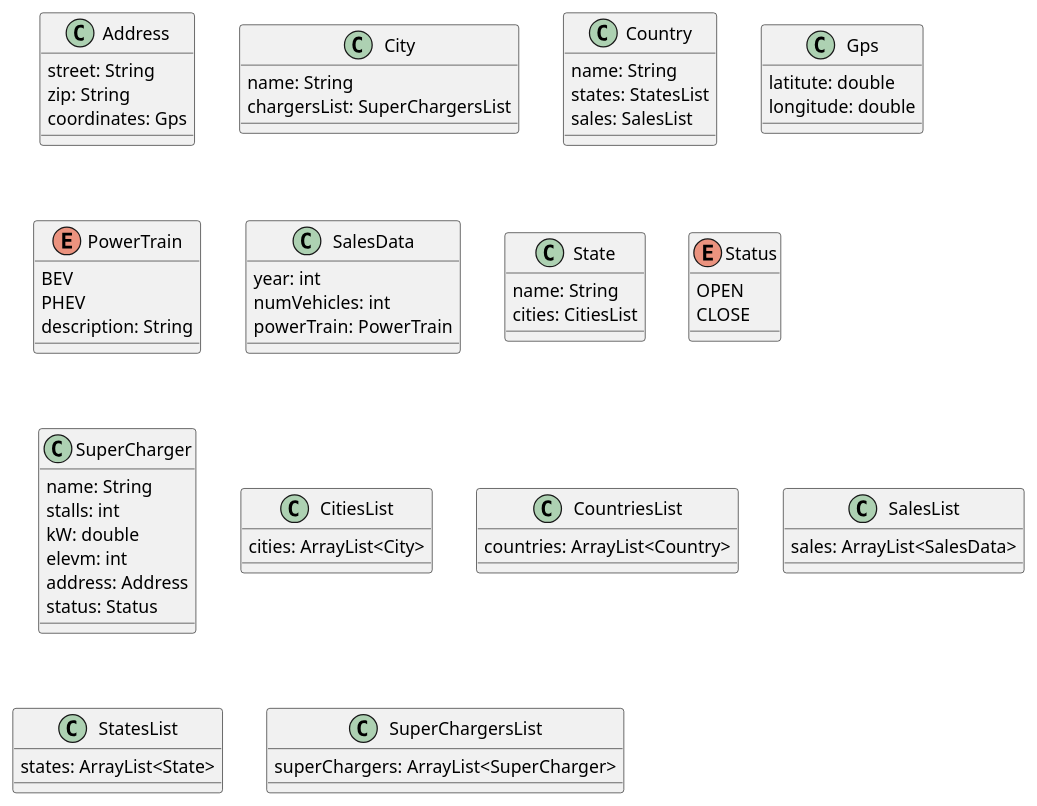
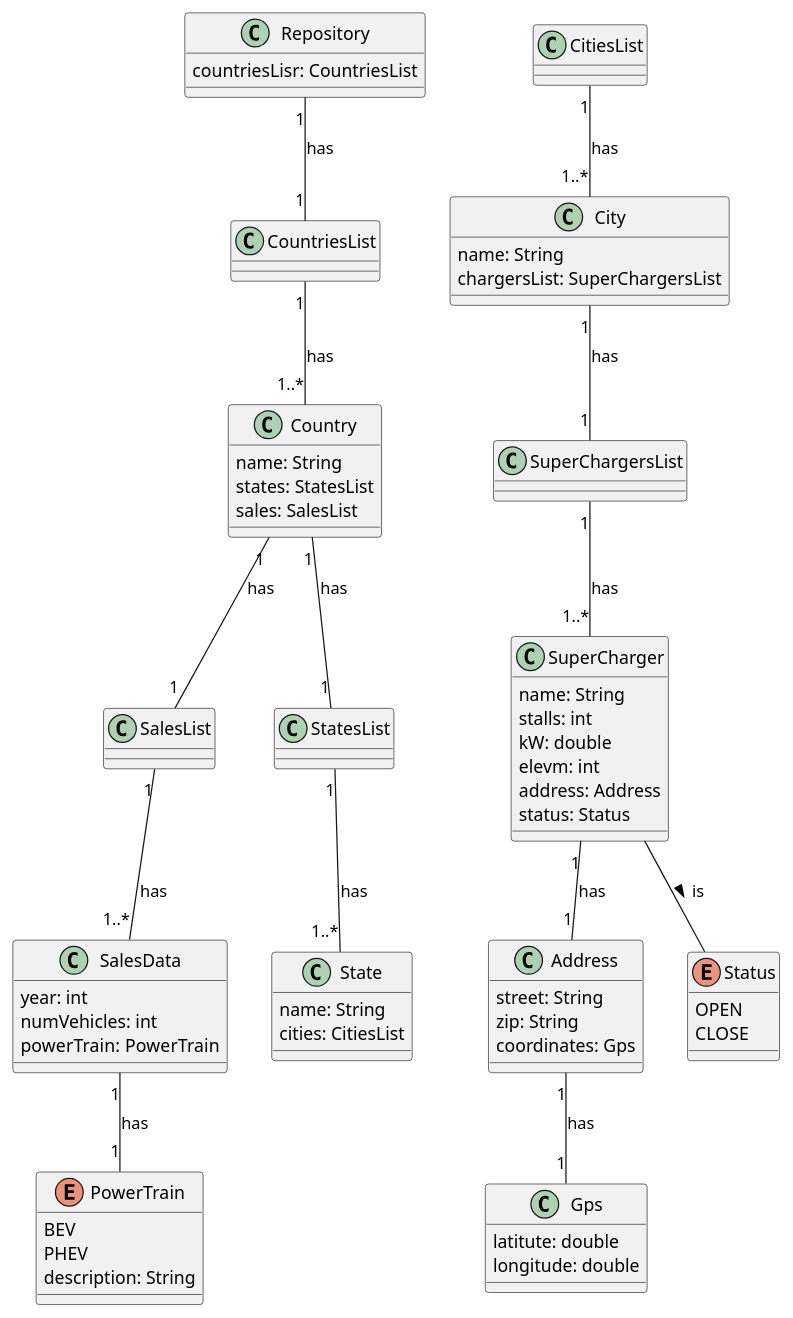
Before and after one commit to demonxblaze/ISEP-ESINF-JAVA.COLLECTIONS: the diagram in global-artifacts/03.design/puml/class-diagram.puml, drawn with PlantUML.

```diff
--- a/global-artifacts/03.design/puml/class-diagram.puml
+++ b/global-artifacts/03.design/puml/class-diagram.puml
@@ -1,85 +1,109 @@
 @startuml
 'skinparam monochrome true
 skinparam packageStyle rectangle
 skinparam shadowing false
 'skinparam linetype polyline
 skinparam linetype orto
 
 skinparam classAttributeIconSize 0
 
 'left to right direction
+
+class Repository{
+countriesLisr: CountriesList
+}
 
 class Address{
 street: String
 zip: String
 coordinates: Gps
 }
 
 class City{
 name: String
 chargersList: SuperChargersList
 }
 
 class Country{
 name: String
 states: StatesList
 sales: SalesList
 }
 
 class Gps{
 latitute: double
 longitude: double
 }
 
 enum PowerTrain{
 BEV
 PHEV
 description: String
 }
 
 class SalesData{
 year: int
 numVehicles: int
 powerTrain: PowerTrain
 }
 
 class State{
 name: String
 cities: CitiesList
 }
 
 enum Status{
 OPEN
 CLOSE
 }
 
 class SuperCharger{
 name: String
 stalls: int
 kW: double
 elevm: int
 address: Address
 status: Status
 }
 
 class CitiesList{
-cities: ArrayList<City>
 }
 
 class CountriesList{
-countries: ArrayList<Country>
 }
 
 class SalesList{
-sales: ArrayList<SalesData>
 }
 
 class StatesList{
-states: ArrayList<State>
 }
 
 class SuperChargersList{
-superChargers: ArrayList<SuperCharger>
 }
 
+' --------- Relações ----------------
+
+Repository "1" -- "1" CountriesList: has
+
+CountriesList "1" -- "1..*" Country: has
+
+Country "1" -- "1" StatesList: has
+StatesList "1" -- "1..*" State: has
+
+Country "1" -- "1" SalesList: has
+SalesList "1" -- "1..*" SalesData: has
+SalesData "1" -- "1" PowerTrain: has
+
+City "1" -- "1" SuperChargersList: has
+
+CitiesList "1" -- "1..*" City: has
+
+SuperCharger -- Status: is >
+SuperCharger "1" -- "1" Address: has
+
+SuperChargersList "1" -- "1..*" SuperCharger: has
+
+Address "1" -- "1" Gps: has
+
+
 @enduml
```
